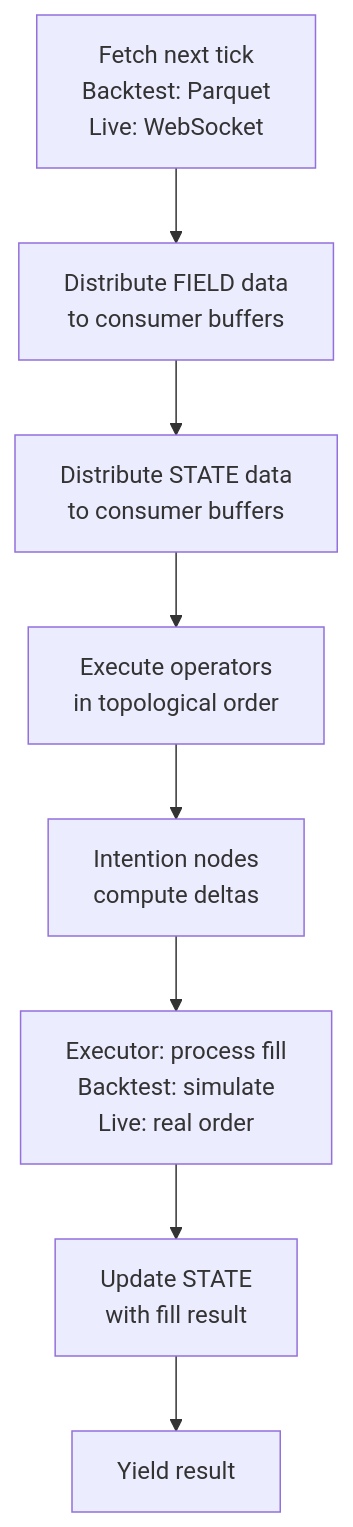
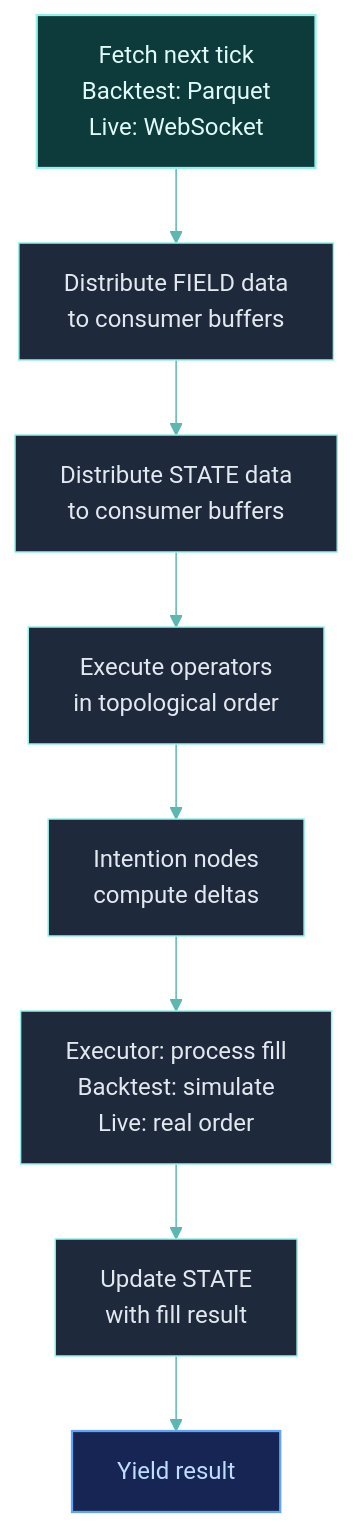
One commit to Clypt/docs changed the second of 3 diagrams in competitive/code-parity.mdx. Above: the diagram before and after it, drawn with Mermaid. The commit also changed other lines of this file and 73 other files, not shown here.

````diff
--- a/competitive/code-parity.mdx
+++ b/competitive/code-parity.mdx
@@ -250,10 +251,15 @@
 ```mermaid
+%%{init: {'theme': 'base', 'themeVariables': { 'primaryColor': '#1e293b', 'primaryTextColor': '#e2e8f0', 'primaryBorderColor': '#94F1E8', 'lineColor': '#5bb8b0', 'clusterBkg': '#0f172a', 'clusterBorder': '#1e3a3a', 'titleColor': '#94F1E8', 'edgeLabelBackground': 'transparent' }}}%%
 flowchart TB
+    classDef source fill:#0d3b3b,stroke:#94F1E8,stroke-width:1.5px,color:#e0faf7
+    classDef action fill:#172554,stroke:#60a5fa,stroke-width:1.5px,color:#bfdbfe
     A["Fetch next tick<br>Backtest: Parquet<br>Live: WebSocket"] --> B["Distribute FIELD data<br>to consumer buffers"]
     B --> C["Distribute STATE data<br>to consumer buffers"]
     C --> D["Execute operators<br>in topological order"]
     D --> E["Intention nodes<br>compute deltas"]
     E --> F["Executor: process fill<br>Backtest: simulate<br>Live: real order"]
     F --> G["Update STATE<br>with fill result"]
     G --> H["Yield result"]
+    class A source
+    class H action
 ```
````
